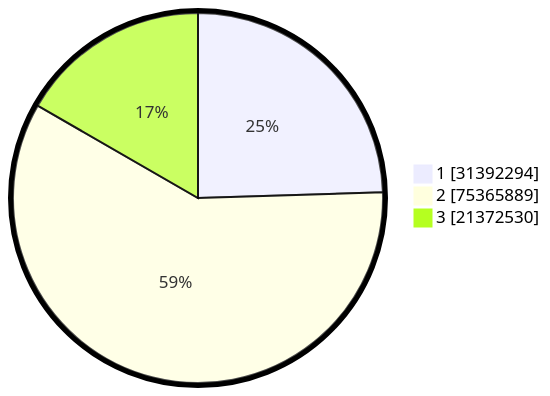
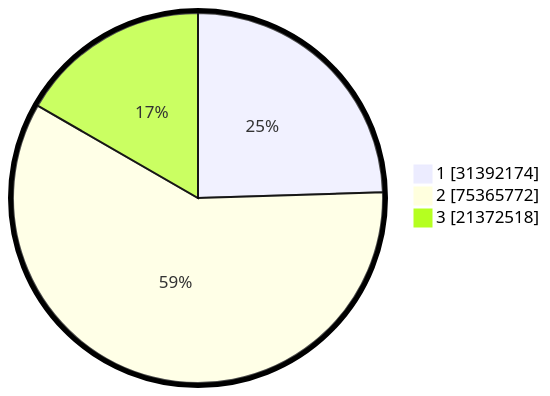
The second of 2 diagrams in pilpres/hitung-suara/README.md (gigit-pemilu/pemilu-2024), drawn with Mermaid before and after one commit. The commit also changed other lines of this file and 5 other files, not shown here.

````diff
--- a/pilpres/hitung-suara/README.md
+++ b/pilpres/hitung-suara/README.md
@@ -93,7 +93,7 @@
 ```mermaid
 %%{init: {"pie": {"textPosition": 0.5}, "themeVariables": {"pieOuterStrokeWidth": "5px"}} }%%
 pie showData
-    "1" : 31392294
-    "2" : 75365889
-    "3" : 21372530
+    "1" : 31392174
+    "2" : 75365772
+    "3" : 21372518
 ```
````
